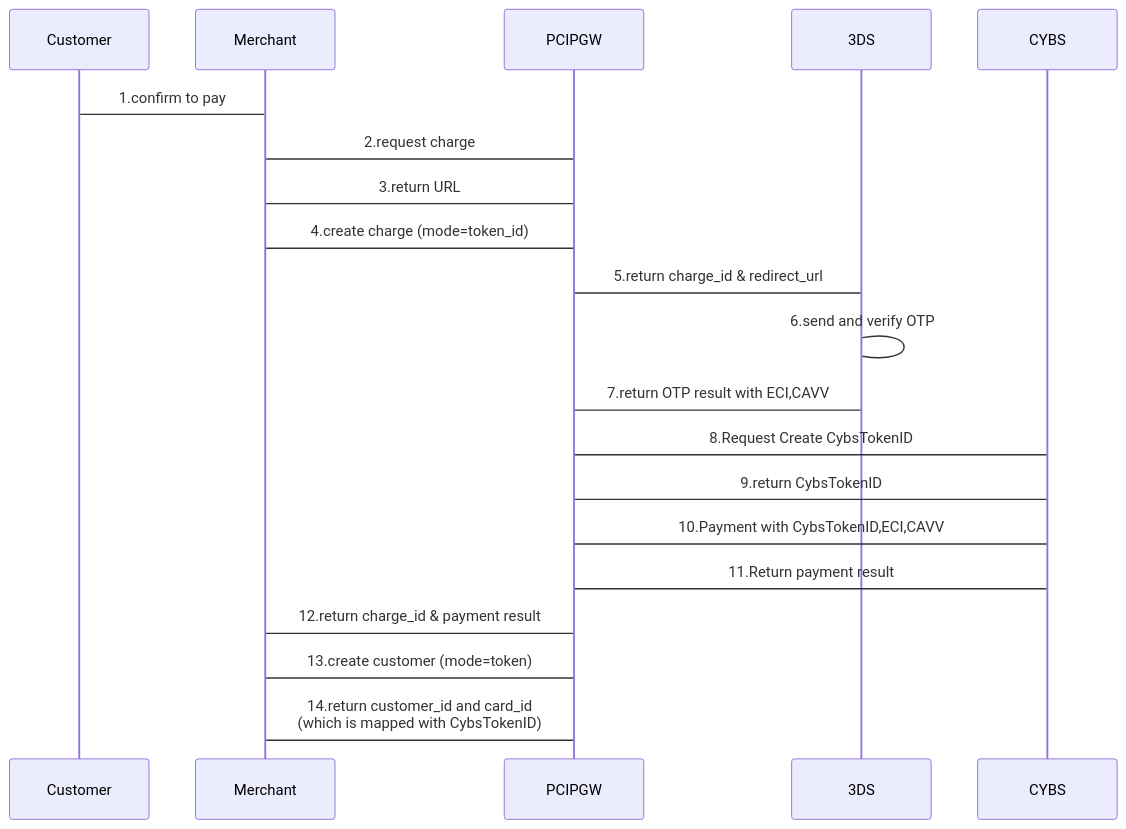
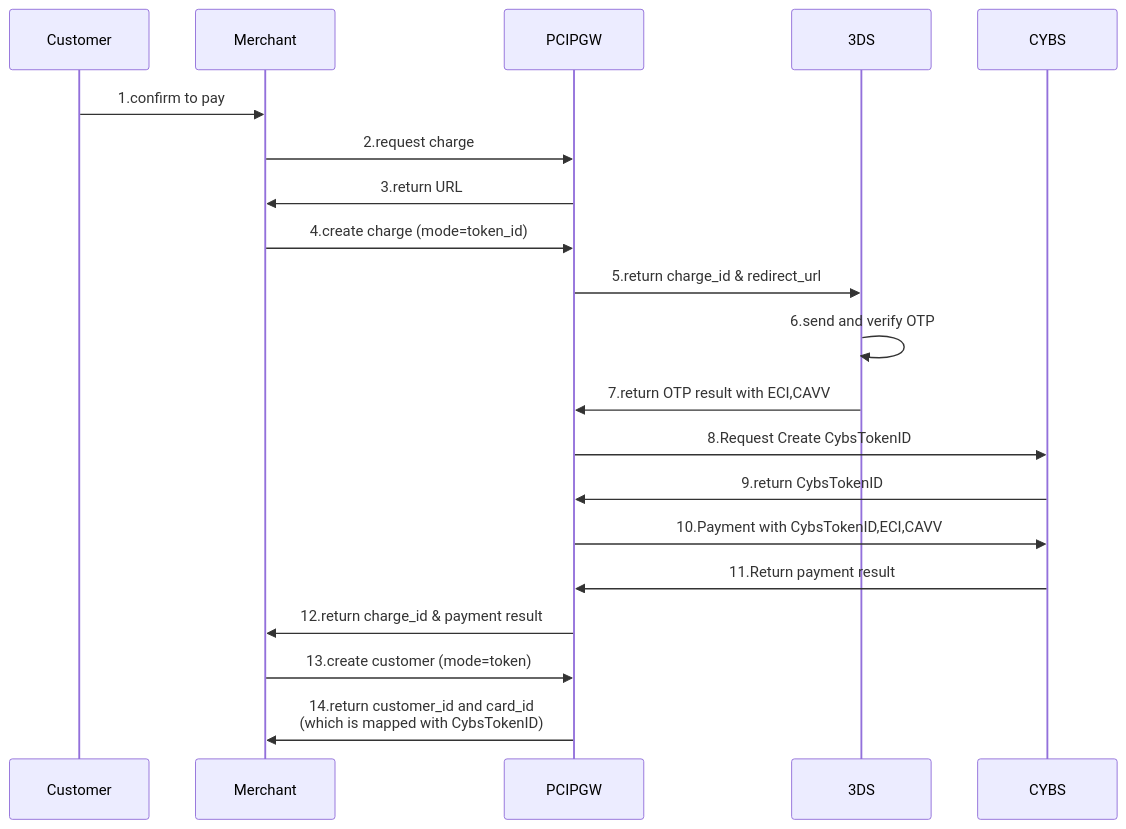
One commit to yuusuke25/MyNotes changed the second of 4 diagrams in Cybs-Ph2-Flow1.md. Above: the diagram before and after it, drawn with Mermaid. The commit also changed other lines of this file, not shown here.

````diff
--- a/Cybs-Ph2-Flow1.md
+++ b/Cybs-Ph2-Flow1.md
@@ -23,19 +23,19 @@
 ```mermaid
     sequenceDiagram
-        Customer->Merchant:1.confirm to pay
-        Merchant->PCIPGW:2.request charge
-        PCIPGW->Merchant:3.return URL
-        Merchant->PCIPGW:4.create charge (mode=token_id)
-        PCIPGW->3DS:5.return charge_id & redirect_url
-        3DS->3DS:6.send and verify OTP
-        3DS->PCIPGW:7.return OTP result with ECI,CAVV
-        PCIPGW->CYBS:8.Request Create CybsTokenID
-        CYBS->PCIPGW:9.return CybsTokenID
-        PCIPGW->CYBS:10.Payment with CybsTokenID,ECI,CAVV
-        CYBS->PCIPGW:11.Return payment result
-        PCIPGW->Merchant:12.return charge_id & payment result
+        Customer->>Merchant:1.confirm to pay
+        Merchant->>PCIPGW:2.request charge
+        PCIPGW->>Merchant:3.return URL
+        Merchant->>PCIPGW:4.create charge (mode=token_id)
+        PCIPGW->>3DS:5.return charge_id & redirect_url
+        3DS->>3DS:6.send and verify OTP
+        3DS->>PCIPGW:7.return OTP result with ECI,CAVV
+        PCIPGW->>CYBS:8.Request Create CybsTokenID
+        CYBS->>PCIPGW:9.return CybsTokenID
+        PCIPGW->>CYBS:10.Payment with CybsTokenID,ECI,CAVV
+        CYBS->>PCIPGW:11.Return payment result
+        PCIPGW->>Merchant:12.return charge_id & payment result
 
-        Merchant->PCIPGW:13.create customer (mode=token)
-        PCIPGW->Merchant:14.return customer_id and card_id <br>(which is mapped with CybsTokenID)
+        Merchant->>PCIPGW:13.create customer (mode=token)
+        PCIPGW->>Merchant:14.return customer_id and card_id <br>(which is mapped with CybsTokenID)
 
 ```
````
